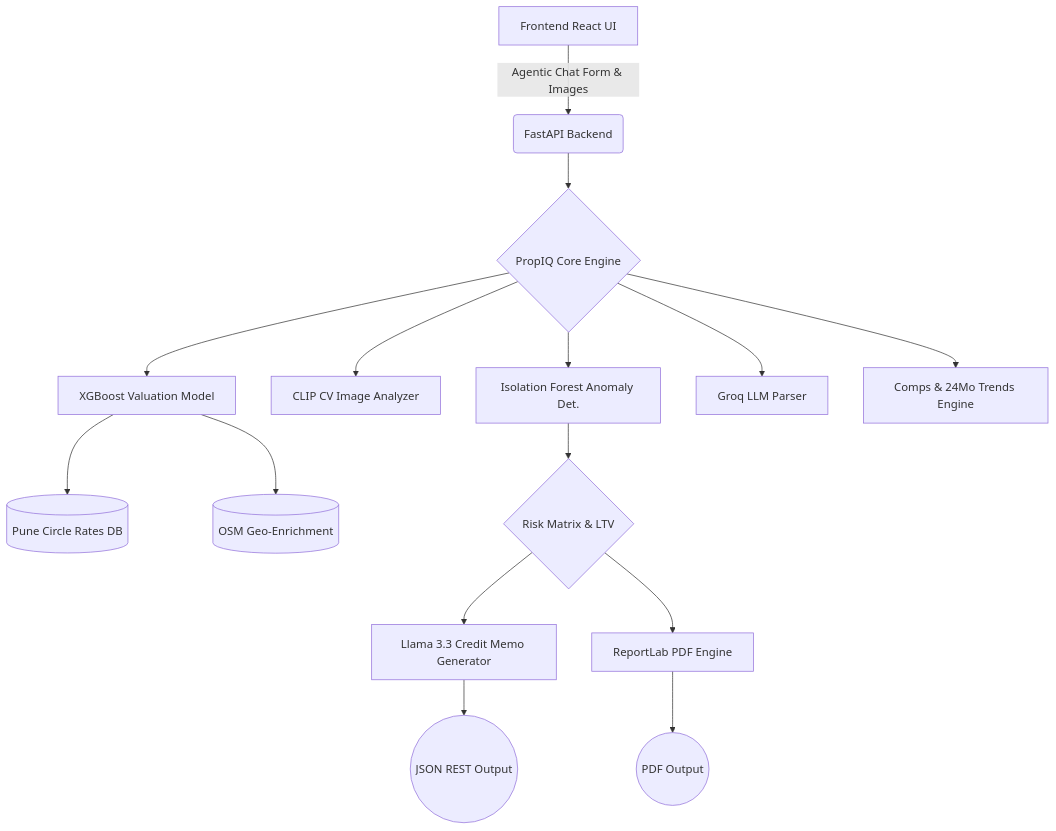
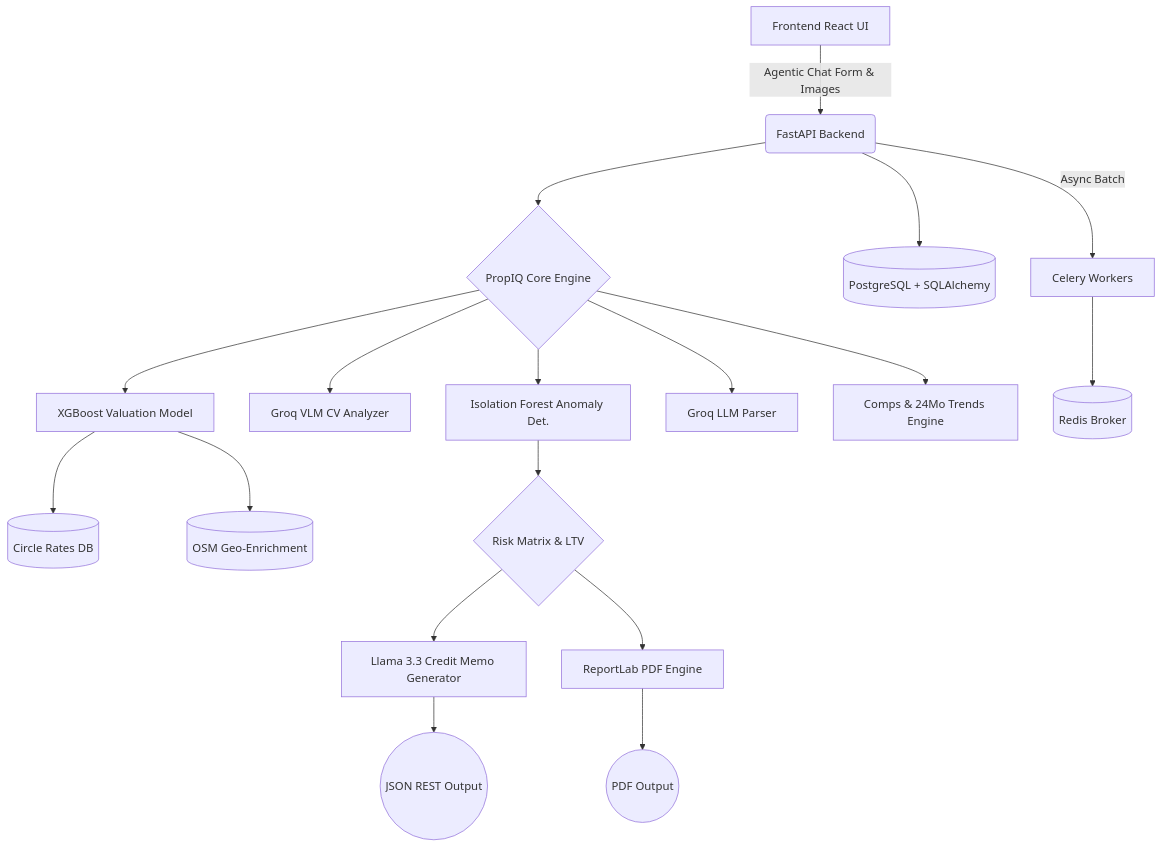
One commit to Atharva762005/CacheRoute changed the diagram in README.md. Above: the diagram before and after it, drawn with Mermaid. The commit also changed 37 other files, not shown here.

````diff
--- a/README.md
+++ b/README.md
@@ -31,23 +31,27 @@
 ```mermaid
 graph TD
     A[Frontend React UI] -->|Agentic Chat Form & Images| B(FastAPI Backend)
     B --> C{PropIQ Core Engine}
+    B --> P[(PostgreSQL + SQLAlchemy)]
     
     C --> D[XGBoost Valuation Model]
-    C --> E[CLIP CV Image Analyzer]
+    C --> E[Groq VLM CV Analyzer]
     C --> F[Isolation Forest Anomaly Det.]
     C --> G[Groq LLM Parser]
     
-    D --> H[(Pune Circle Rates DB)]
+    D --> H[(Circle Rates DB)]
     D --> I[(OSM Geo-Enrichment)]
     
     C --> J[Comps & 24Mo Trends Engine]
     
     F --> K{Risk Matrix & LTV}
     
     K --> L[Llama 3.3 Credit Memo Generator]
     K --> M[ReportLab PDF Engine]
     
+    B -->|Async Batch| Q[Celery Workers]
+    Q --> R[(Redis Broker)]
+    
     L --> N((JSON REST Output))
     M --> O((PDF Output))
 ```
````
